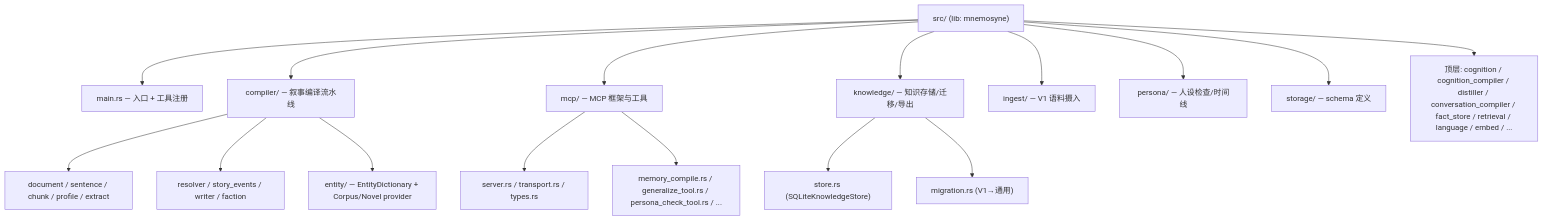
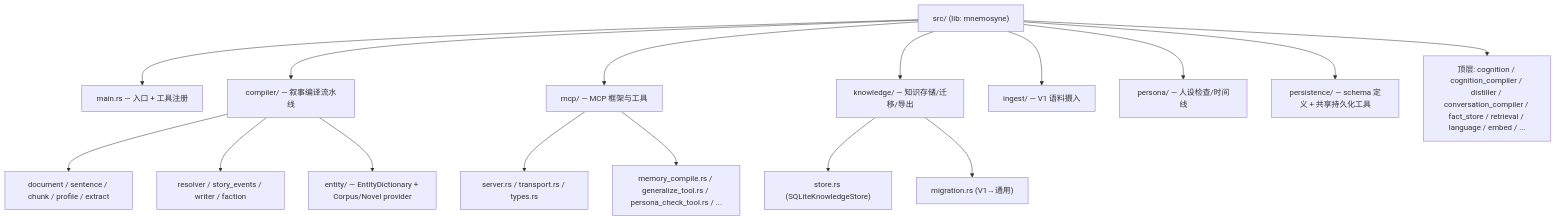
The second of 7 diagrams in docs/zh/architecture.md (Timwood0x10/Mnemosyne), drawn with Mermaid before and after one commit. The commit also changed 22 other files, not shown here.

Commit message:
refactor (persistence and corpus handling): rename storage to persistence, consolidate inline JSON serialization, fix character name truncation and migration duplicate foreign key failure

````diff
--- a/docs/zh/architecture.md
+++ b/docs/zh/architecture.md
@@ -66,19 +66,19 @@
 ```mermaid
 graph TD
     A["src/ (lib: mnemosyne)"] --> B["main.rs — 入口 + 工具注册"]
     A --> C["compiler/ — 叙事编译流水线"]
     A --> D["mcp/ — MCP 框架与工具"]
     A --> E["knowledge/ — 知识存储/迁移/导出"]
     A --> F["ingest/ — V1 语料摄入"]
     A --> H["persona/ — 人设检查/时间线"]
-    A --> J["storage/ — schema 定义"]
+    A --> J["persistence/ — schema 定义 + 共享持久化工具"]
     A --> K["顶层: cognition / cognition_compiler / distiller / conversation_compiler / fact_store / retrieval / language / embed / ..."]
 
     C --> C1["document / sentence / chunk / profile / extract"]
     C --> C2["resolver / story_events / writer / faction"]
     C --> C3["entity/ — EntityDictionary + Corpus/Novel provider"]
     D --> D1["server.rs / transport.rs / types.rs"]
     D --> D2["memory_compile.rs / generalize_tool.rs / persona_check_tool.rs / ..."]
     E --> E1["store.rs (SQLiteKnowledgeStore)"]
     E --> E2["migration.rs (V1→通用)"]
 ```
````
